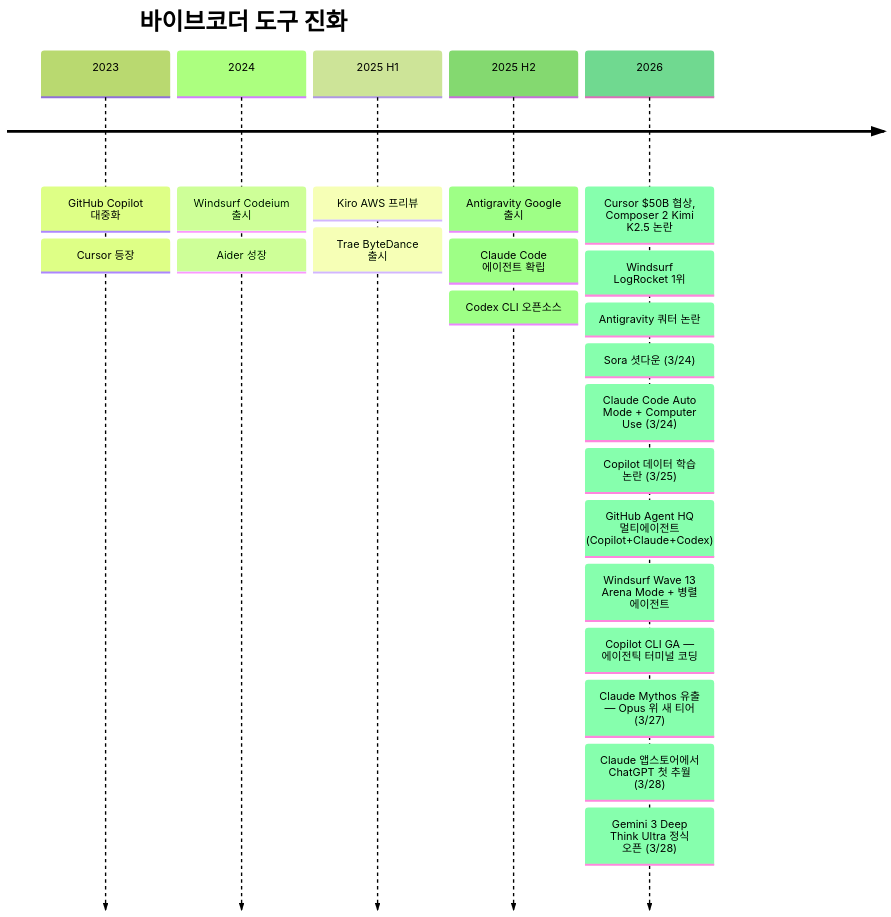
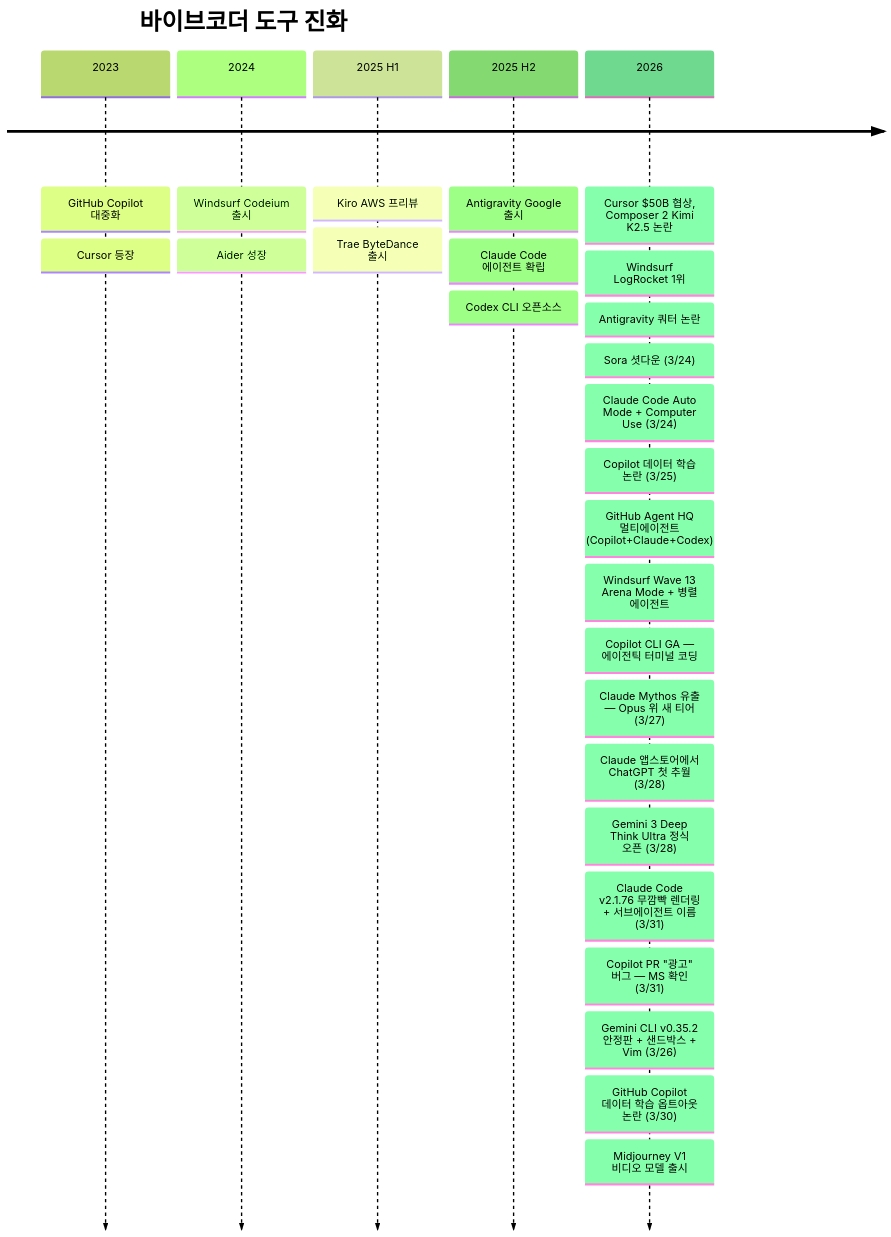
The first of 11 diagrams in README_ko.md (Lazere4385/ai-whatchelin), drawn with Mermaid (forest theme) before and after one commit. The commit also changed other lines of this file and 2 other files, not shown here.

````diff
--- a/README_ko.md
+++ b/README_ko.md
@@ -116,25 +116,30 @@
 ```mermaid
 timeline
     title 바이브코더 도구 진화
     2023 : GitHub Copilot 대중화
          : Cursor 등장
     2024 : Windsurf Codeium 출시
          : Aider 성장
     2025 H1 : Kiro AWS 프리뷰
             : Trae ByteDance 출시
     2025 H2 : Antigravity Google 출시
             : Claude Code 에이전트 확립
             : Codex CLI 오픈소스
     2026 : Cursor $50B 협상, Composer 2 Kimi K2.5 논란
          : Windsurf LogRocket 1위
          : Antigravity 쿼터 논란
          : Sora 셧다운 (3/24)
          : Claude Code Auto Mode + Computer Use (3/24)
          : Copilot 데이터 학습 논란 (3/25)
          : GitHub Agent HQ 멀티에이전트 (Copilot+Claude+Codex)
          : Windsurf Wave 13 Arena Mode + 병렬 에이전트
          : Copilot CLI GA — 에이전틱 터미널 코딩
          : Claude Mythos 유출 — Opus 위 새 티어 (3/27)
          : Claude 앱스토어에서 ChatGPT 첫 추월 (3/28)
          : Gemini 3 Deep Think Ultra 정식 오픈 (3/28)
+         : Claude Code v2.1.76 무깜빡 렌더링 + 서브에이전트 이름 (3/31)
+         : Copilot PR "광고" 버그 — MS 확인 (3/31)
+         : Gemini CLI v0.35.2 안정판 + 샌드박스 + Vim (3/26)
+         : GitHub Copilot 데이터 학습 옵트아웃 논란 (3/30)
+         : Midjourney V1 비디오 모델 출시
 ```
````
